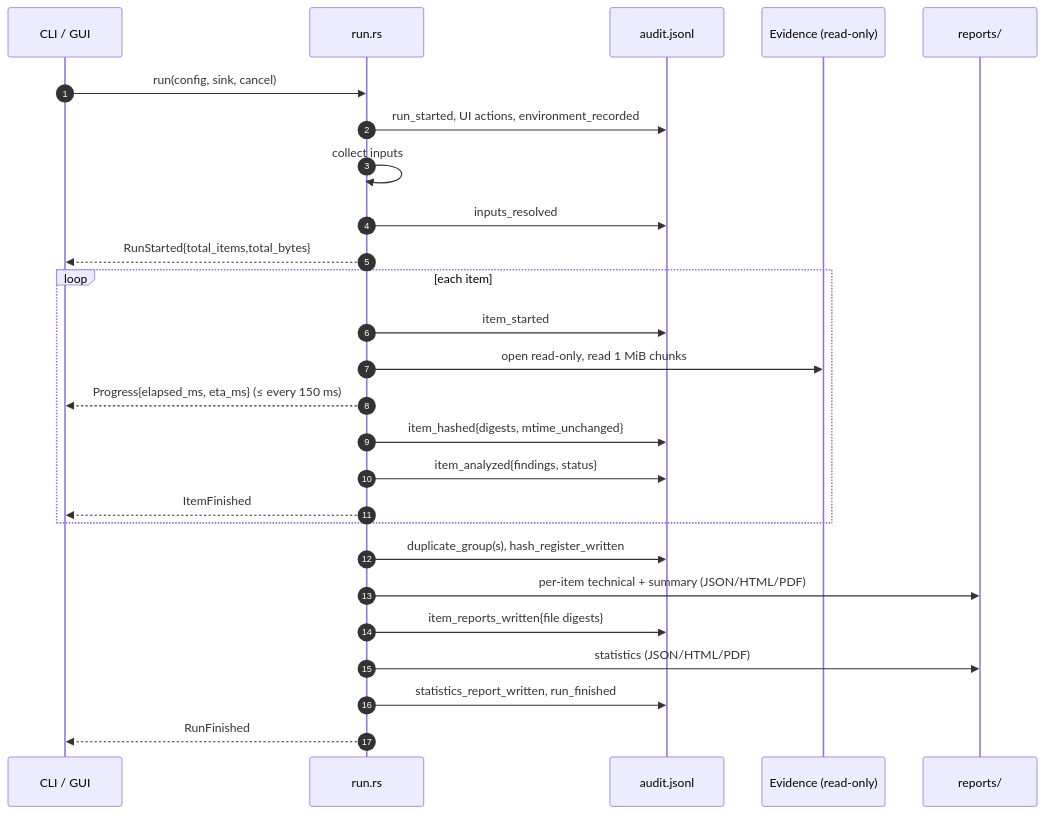
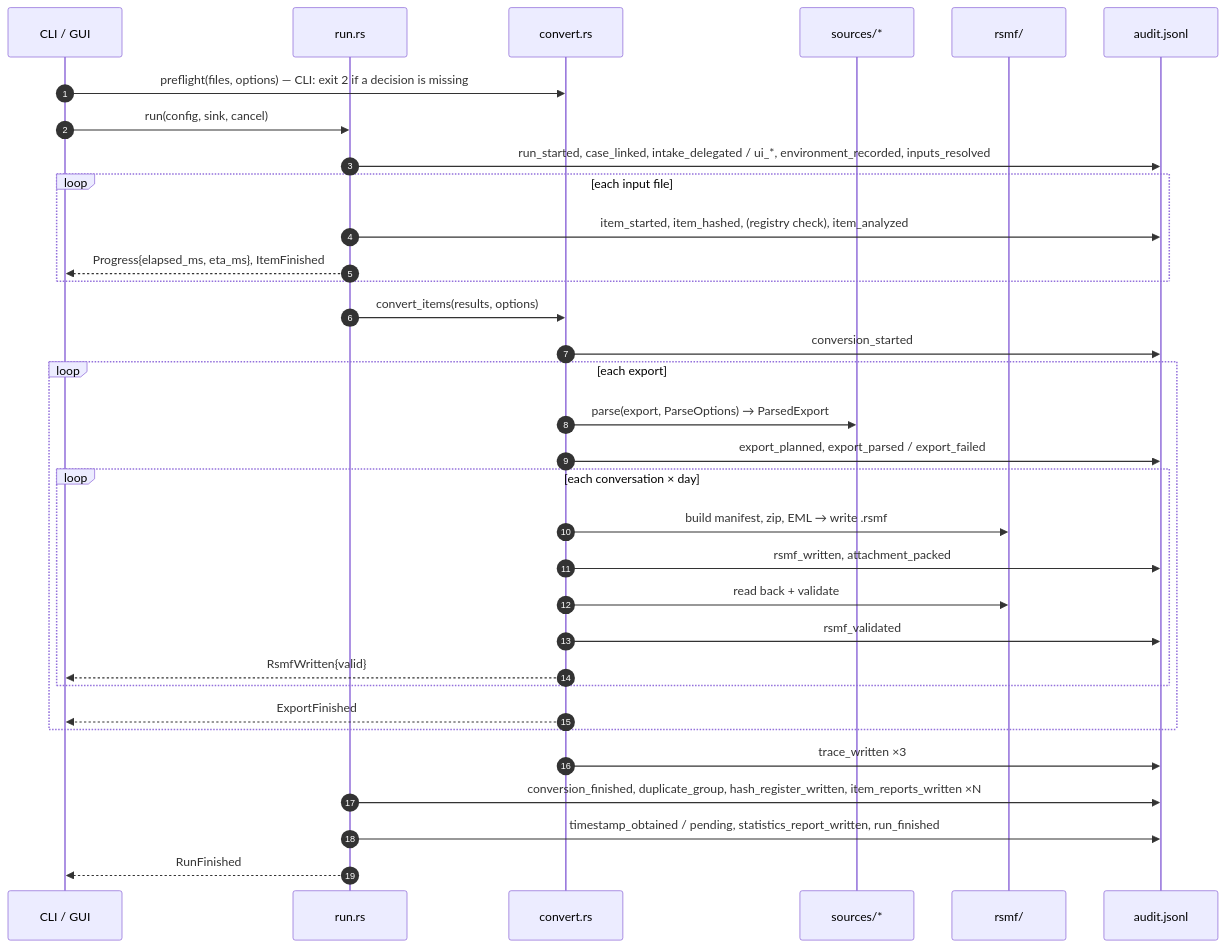
The second of 4 diagrams in docs/architecture.md (Panacota96/rv-rsmf), drawn with Mermaid before and after one commit. The commit also changed other lines of this file and 12 other files, not shown here.

First line of the commit message:
docs: rewrite README and docs for the RSMF conversion domain

````diff
--- a/docs/architecture.md
+++ b/docs/architecture.md
@@ -48,28 +58,35 @@
 ```mermaid
 sequenceDiagram
     autonumber
     participant UI as CLI / GUI
     participant R as run.rs
+    participant V as convert.rs
+    participant P as sources/*
+    participant W as rsmf/
     participant A as audit.jsonl
-    participant FS as Evidence (read-only)
-    participant O as reports/
+    UI->>V: preflight(files, options) — CLI: exit 2 if a decision is missing
     UI->>R: run(config, sink, cancel)
-    R->>A: run_started, UI actions, environment_recorded
-    R->>R: collect inputs
-    R->>A: inputs_resolved
-    R-->>UI: RunStarted{total_items,total_bytes}
-    loop each item
-        R->>A: item_started
-        R->>FS: open read-only, read 1 MiB chunks
-        R-->>UI: Progress{elapsed_ms, eta_ms} (≤ every 150 ms)
-        R->>A: item_hashed{digests, mtime_unchanged}
-        R->>A: item_analyzed{findings, status}
-        R-->>UI: ItemFinished
+    R->>A: run_started, case_linked, intake_delegated / ui_*, environment_recorded, inputs_resolved
+    loop each input file
+        R->>A: item_started, item_hashed, (registry check), item_analyzed
+        R-->>UI: Progress{elapsed_ms, eta_ms}, ItemFinished
     end
-    R->>A: duplicate_group(s), hash_register_written
-    R->>O: per-item technical + summary (JSON/HTML/PDF)
-    R->>A: item_reports_written{file digests}
-    R->>O: statistics (JSON/HTML/PDF)
-    R->>A: statistics_report_written, run_finished
+    R->>V: convert_items(results, options)
+    V->>A: conversion_started
+    loop each export
+        V->>P: parse(export, ParseOptions) → ParsedExport
+        V->>A: export_planned, export_parsed / export_failed
+        loop each conversation × day
+            V->>W: build manifest, zip, EML → write .rsmf
+            V->>A: rsmf_written, attachment_packed
+            V->>W: read back + validate
+            V->>A: rsmf_validated
+            V-->>UI: RsmfWritten{valid}
+        end
+        V-->>UI: ExportFinished
+    end
+    V->>A: trace_written ×3
+    R->>A: conversion_finished, duplicate_group, hash_register_written, item_reports_written ×N
+    R->>A: timestamp_obtained / pending, statistics_report_written, run_finished
     R-->>UI: RunFinished
 ```
````
